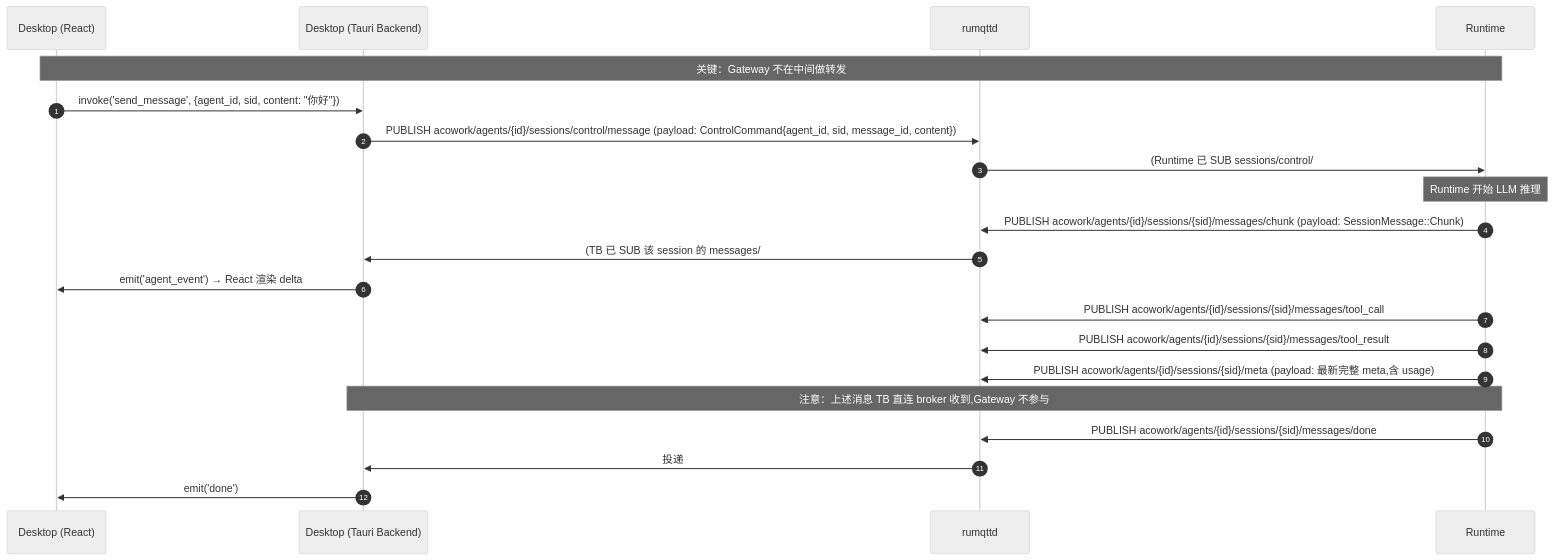
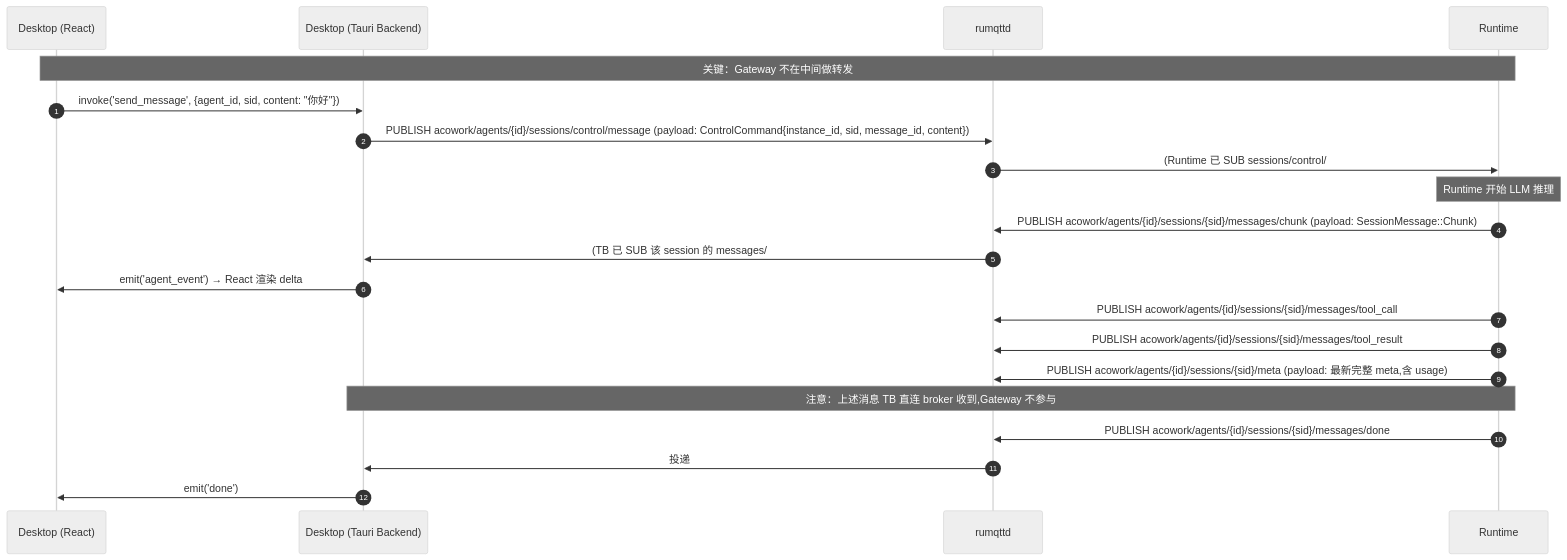
One commit to tranxon/ACowork changed the fourth of 7 diagrams in docs/protocols/zh/mqtt.md. Above: the diagram before and after it, drawn with Mermaid (neutral theme). The commit also changed 1 other file, not shown here.

Commit message:
docs(protocols): ADR-073 — mqtt.md ControlCommand wire shape
Update the chat-message sequence diagram in both languages to reflect
the ControlCommand.agent_id → instance_id rename. The accompanying
endpoint narrative already used the neutral 'agentId' / 'agent_id'
on the Desktop side; this commit keeps the wire-shape diagram in
sync with the actual protobuf schema.

````diff
--- a/docs/protocols/zh/mqtt.md
+++ b/docs/protocols/zh/mqtt.md
@@ -550,29 +550,29 @@
 ```mermaid
 sequenceDiagram
     autonumber
     participant DA as Desktop (React)
     participant TB as Desktop (Tauri Backend)
     participant BROKER as rumqttd
     participant RT as Runtime
 
     Note over DA,RT: 关键：Gateway 不在中间做转发
 
     DA->>TB: invoke('send_message', {agent_id, sid, content: "你好"})
-    TB->>BROKER: PUBLISH acowork/agents/{id}/sessions/control/message (payload: ControlCommand{agent_id, sid, message_id, content})
+    TB->>BROKER: PUBLISH acowork/agents/{id}/sessions/control/message (payload: ControlCommand{instance_id, sid, message_id, content})
     BROKER->>RT: (Runtime 已 SUB sessions/control/#)
 
     Note over RT: Runtime 开始 LLM 推理
     RT->>BROKER: PUBLISH acowork/agents/{id}/sessions/{sid}/messages/chunk (payload: SessionMessage::Chunk)
     BROKER->>TB: (TB 已 SUB 该 session 的 messages/#)
     TB->>DA: emit('agent_event') → React 渲染 delta
 
     RT->>BROKER: PUBLISH acowork/agents/{id}/sessions/{sid}/messages/tool_call
     RT->>BROKER: PUBLISH acowork/agents/{id}/sessions/{sid}/messages/tool_result
     RT->>BROKER: PUBLISH acowork/agents/{id}/sessions/{sid}/meta (payload: 最新完整 meta,含 usage)
 
     Note over RT,TB: 注意：上述消息 TB 直连 broker 收到,Gateway 不参与
 
     RT->>BROKER: PUBLISH acowork/agents/{id}/sessions/{sid}/messages/done
     BROKER->>TB: 投递
     TB->>DA: emit('done')
 ```
````
